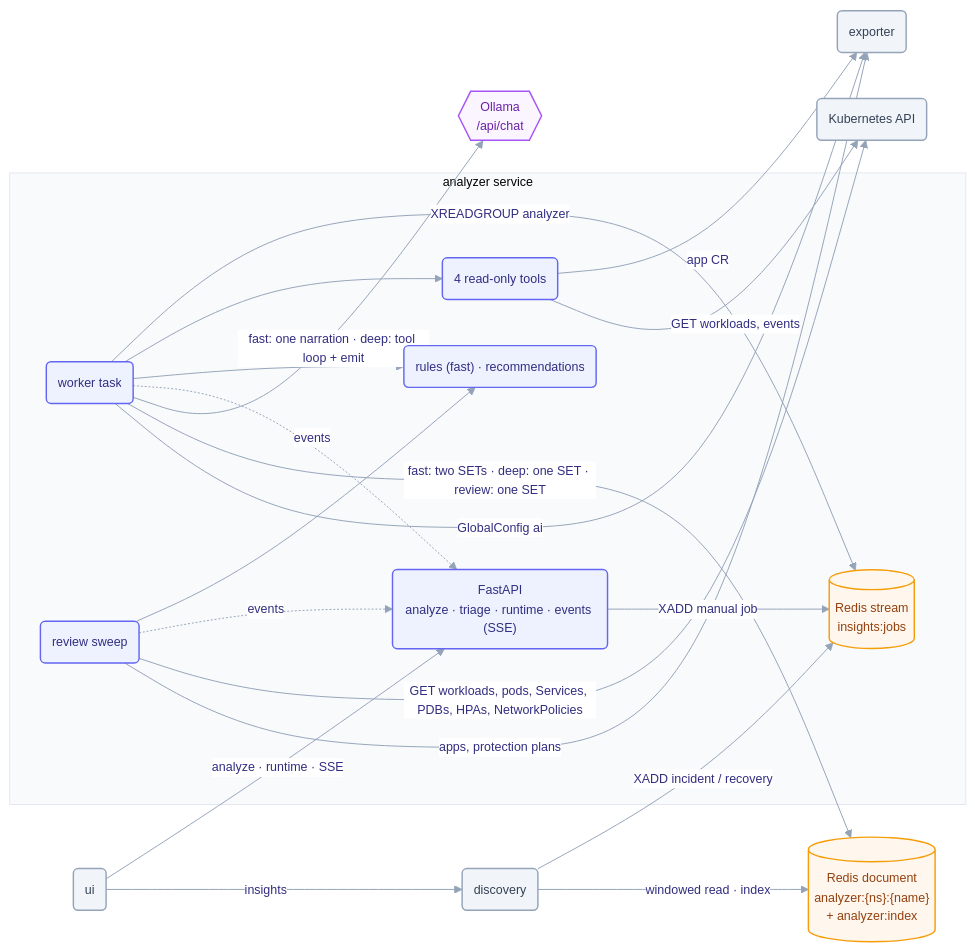
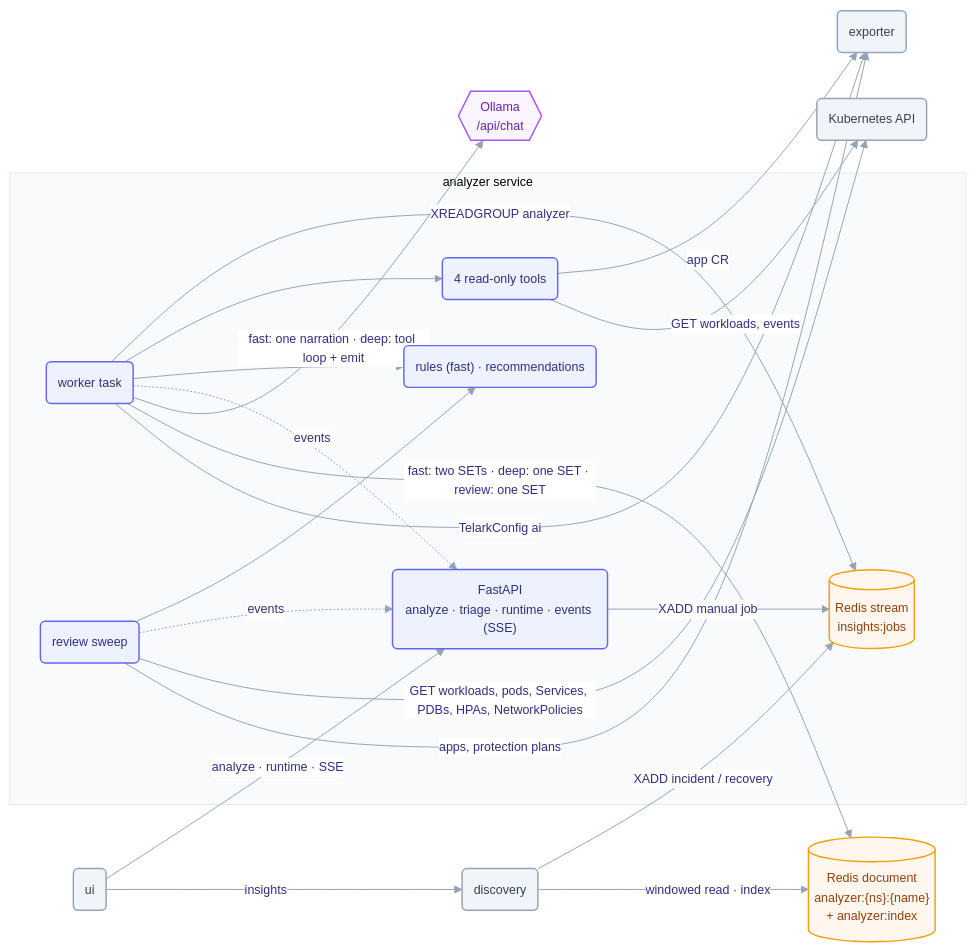
The diagram in services/analyzer/README.md (telark/telark), drawn with Mermaid before and after one commit. The commit also changed other lines of this file and 420 other files, not shown here.

````diff
--- a/services/analyzer/README.md
+++ b/services/analyzer/README.md
@@ -16,48 +16,48 @@
 ```mermaid
 %%{init: {"theme":"base","themeVariables":{"fontFamily":"ui-sans-serif, system-ui, -apple-system, Segoe UI, Roboto, sans-serif","fontSize":"13px","lineColor":"#94a3b8","primaryColor":"#eef2ff","primaryBorderColor":"#6366f1","primaryTextColor":"#312e81","edgeLabelBackground":"#ffffff","clusterBkg":"#f8fafc","clusterBorder":"#e2e8f0"},"flowchart":{"curve":"basis","htmlLabels":true,"nodeSpacing":48,"rankSpacing":64,"padding":12}}}%%
 flowchart LR
   DISC(discovery)
   UI(ui)
 
   subgraph analyzer["analyzer service"]
     API("FastAPI<br/>analyze · triage · runtime · events (SSE)")
     WORKER("worker task")
     SWEEP("review sweep")
     TOOLS("4 read-only tools")
     RULES("rules (fast) · recommendations")
     API -->|XADD manual job| JOBS
     WORKER -->|XREADGROUP analyzer| JOBS
     WORKER --> TOOLS
     WORKER --> RULES
     SWEEP --> RULES
     WORKER -.events.-> API
     SWEEP -.events.-> API
   end
 
   JOBS[("Redis stream<br/>insights:jobs")]
   DOC[("Redis document<br/>analyzer:{ns}:{name}<br/>+ analyzer:index")]
   EXP(exporter)
   K8S(Kubernetes API)
   OLLAMA{{"Ollama<br/>/api/chat"}}
 
   DISC -->|XADD incident / recovery| JOBS
   TOOLS -->|app CR| EXP
   TOOLS -->|GET workloads, events| K8S
   SWEEP -->|GET workloads, pods, Services, PDBs, HPAs, NetworkPolicies| K8S
   SWEEP -->|apps, protection plans| EXP
   WORKER -->|fast: one narration · deep: tool loop + emit| OLLAMA
   WORKER -->|fast: two SETs · deep: one SET · review: one SET| DOC
-  WORKER -->|GlobalConfig ai| EXP
+  WORKER -->|TelarkConfig ai| EXP
   DISC -->|windowed read · index| DOC
   UI -->|insights| DISC
   UI -->|analyze · runtime · SSE| API
 
   classDef svc fill:#eef2ff,stroke:#6366f1,stroke-width:1.5px,color:#312e81;
   classDef peer fill:#f1f5f9,stroke:#94a3b8,stroke-width:1.5px,color:#334155;
   classDef store fill:#fff7ed,stroke:#f59e0b,stroke-width:1.5px,color:#92400e;
   classDef ext fill:#faf5ff,stroke:#a855f7,stroke-width:1.5px,color:#6b21a8;
   class API,WORKER,SWEEP,TOOLS,RULES svc;
   class DISC,EXP,UI,K8S peer;
   class JOBS,DOC store;
   class OLLAMA ext;
 ```
````
